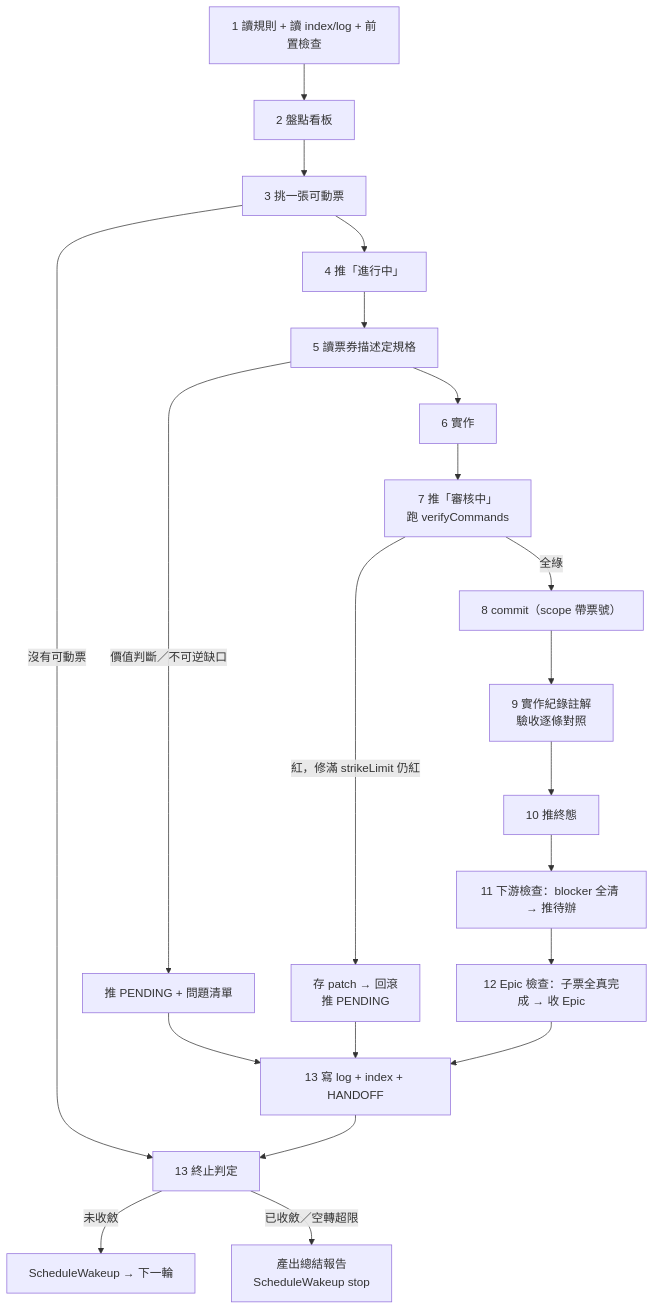
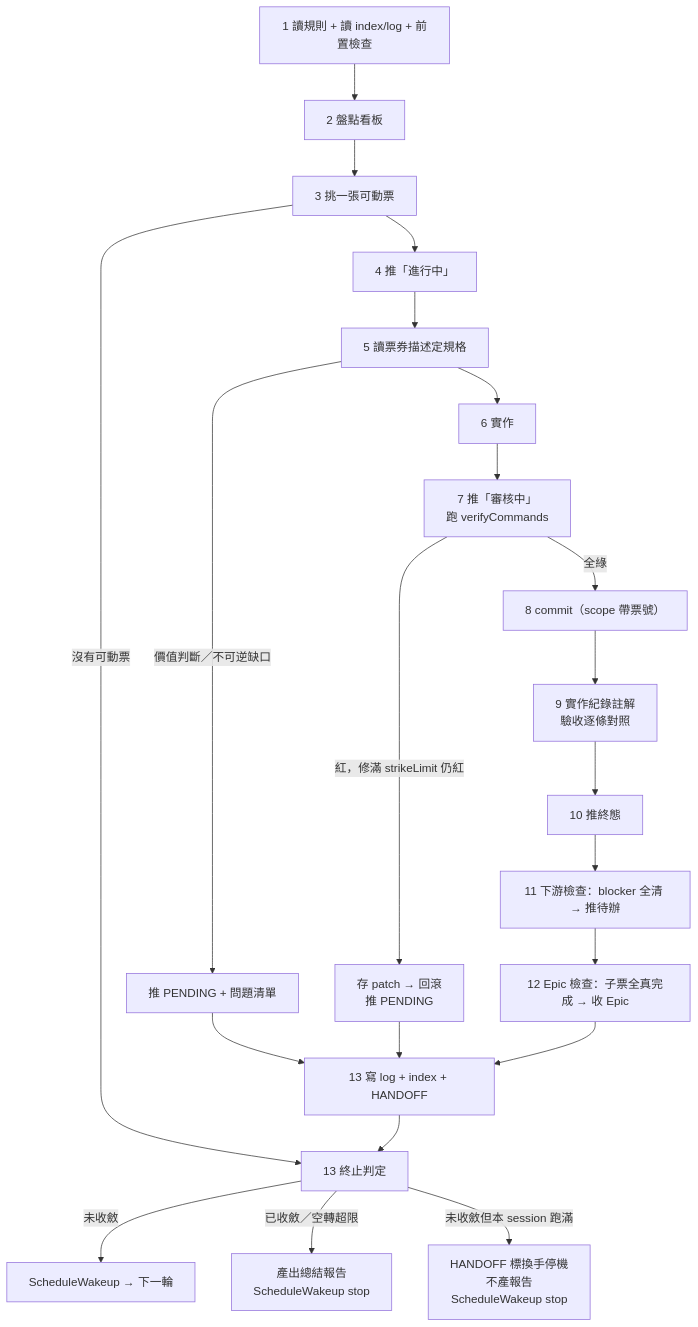
The diagram in plugins/jira-flow/skills/jira-goal-loop/SKILL.md (Soda3752/skills), drawn with Mermaid before and after one commit. The commit also changed other lines of this file and 2 other files, not shown here.

First line of the commit message:
同步 jira-goal-loop：session 輪次上限與換手停機

````diff
--- a/plugins/jira-flow/skills/jira-goal-loop/SKILL.md
+++ b/plugins/jira-flow/skills/jira-goal-loop/SKILL.md
@@ -145,23 +146,24 @@
 ```mermaid
 flowchart TD
     A["1 讀規則 + 讀 index/log + 前置檢查"] --> B["2 盤點看板"]
     B --> C["3 挑一張可動票"]
     C -->|沒有可動票| Z["13 終止判定"]
     C --> D["4 推「進行中」"]
     D --> E["5 讀票券描述定規格"]
     E -->|價值判斷／不可逆缺口| P1["推 PENDING + 問題清單"]
     P1 --> M
     E --> F["6 實作"]
     F --> G["7 推「審核中」<br/>跑 verifyCommands"]
     G -->|紅，修滿 strikeLimit 仍紅| P2["存 patch → 回滾<br/>推 PENDING"]
     P2 --> M
     G -->|全綠| H["8 commit（scope 帶票號）"]
     H --> I["9 實作紀錄註解<br/>驗收逐條對照"]
     I --> J["10 推終態"]
     J --> K["11 下游檢查：blocker 全清 → 推待辦"]
     K --> L["12 Epic 檢查：子票全真完成 → 收 Epic"]
     L --> M["13 寫 log + index + HANDOFF"]
     M --> Z
     Z -->|未收斂| N["ScheduleWakeup → 下一輪"]
     Z -->|已收斂／空轉超限| O["產出總結報告<br/>ScheduleWakeup stop"]
+    Z -->|未收斂但本 session 跑滿| Q["HANDOFF 標換手停機<br/>不產報告<br/>ScheduleWakeup stop"]
 ```
````
